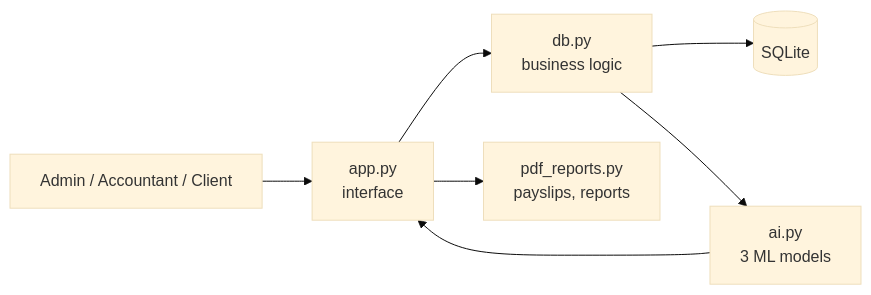
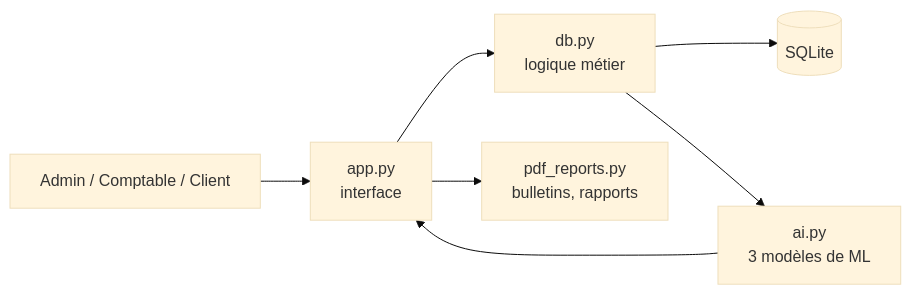
One commit to Chaymae-El-Bahloul/Chaymae-El-Bahloul changed the diagram in README.md. Above: the diagram before and after it, drawn with Mermaid (base theme). The commit also changed other lines of this file, not shown here.

````diff
--- a/README.md
+++ b/README.md
@@ -133,9 +146,9 @@
 ```mermaid
 flowchart LR
-    U["Admin / Accountant / Client"] --> A["app.py<br/>interface"]
-    A --> D["db.py<br/>business logic"]
+    U["Admin / Comptable / Client"] --> A["app.py<br/>interface"]
+    A --> D["db.py<br/>logique métier"]
     D --> S[("SQLite")]
-    A --> P["pdf_reports.py<br/>payslips, reports"]
-    D --> I["ai.py<br/>3 ML models"]
+    A --> P["pdf_reports.py<br/>bulletins, rapports"]
+    D --> I["ai.py<br/>3 modèles de ML"]
     I --> A
 ```
````
